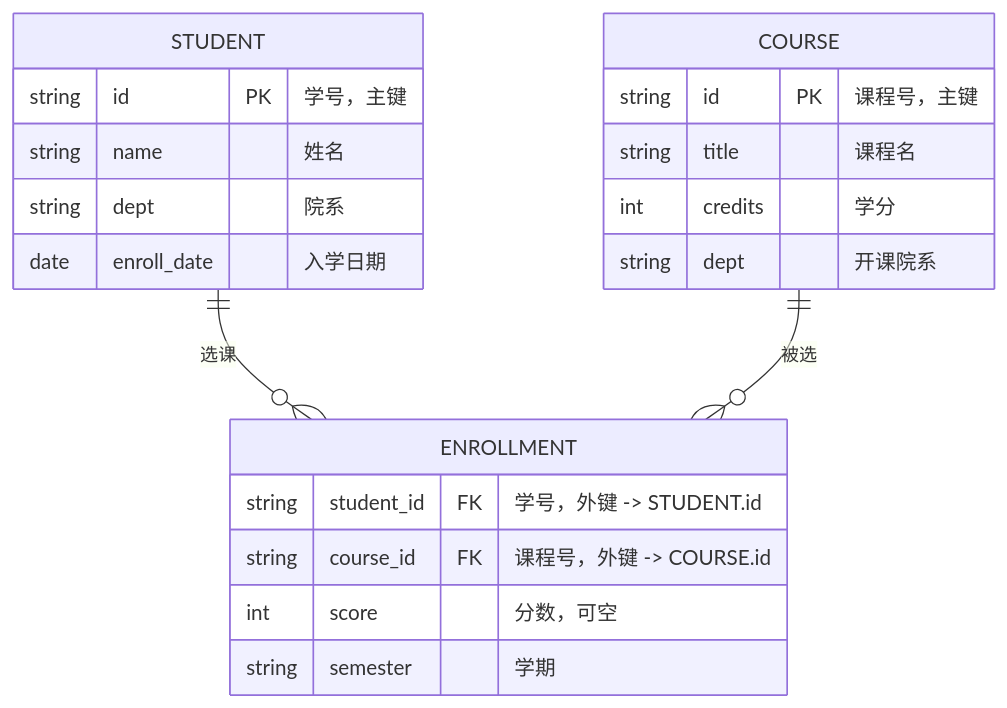
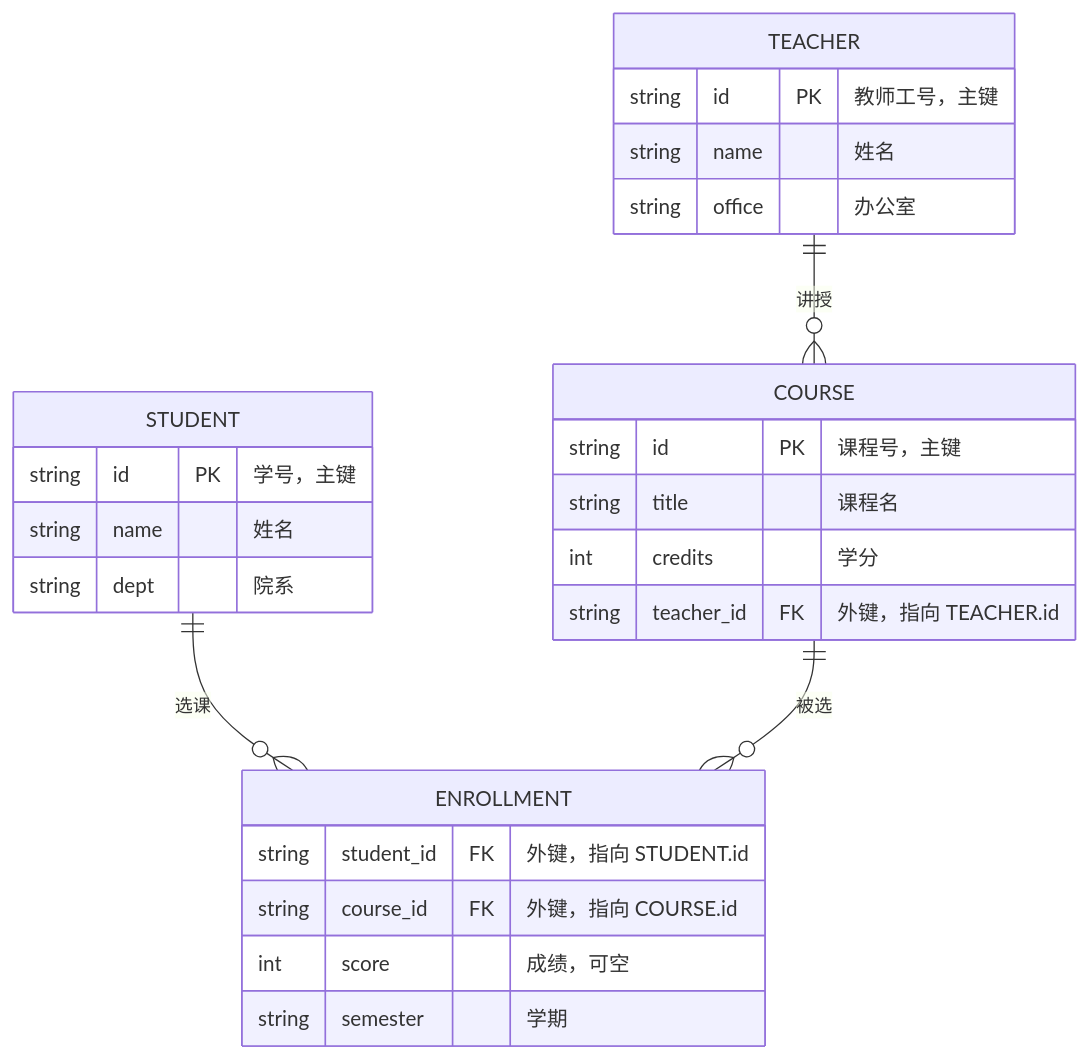
The diagram in book/part2_backend_development/chapter05_persistence_sql_orm/5.1_database_modeling_er.md (a76854/eng-practice-book), drawn with Mermaid before and after one commit. The commit also changed other lines of this file and 11 other files, not shown here.

````diff
--- a/book/part2_backend_development/chapter05_persistence_sql_orm/5.1_database_modeling_er.md
+++ b/book/part2_backend_development/chapter05_persistence_sql_orm/5.1_database_modeling_er.md
@@ -31,23 +116,28 @@
 ```{mermaid}
 erDiagram
     STUDENT {
         string id PK "学号，主键"
         string name "姓名"
         string dept "院系"
-        date enroll_date "入学日期"
+    }
+    TEACHER {
+        string id PK "教师工号，主键"
+        string name "姓名"
+        string office "办公室"
     }
     COURSE {
         string id PK "课程号，主键"
         string title "课程名"
         int credits "学分"
-        string dept "开课院系"
+        string teacher_id FK "外键，指向 TEACHER.id"
     }
     ENROLLMENT {
-        string student_id FK "学号，外键 -> STUDENT.id"
-        string course_id FK "课程号，外键 -> COURSE.id"
-        int score "分数，可空"
+        string student_id FK "外键，指向 STUDENT.id"
+        string course_id FK "外键，指向 COURSE.id"
+        int score "成绩，可空"
         string semester "学期"
     }
     STUDENT ||--o{ ENROLLMENT : "选课"
     COURSE ||--o{ ENROLLMENT : "被选"
+    TEACHER ||--o{ COURSE : "讲授"
 ```
````
